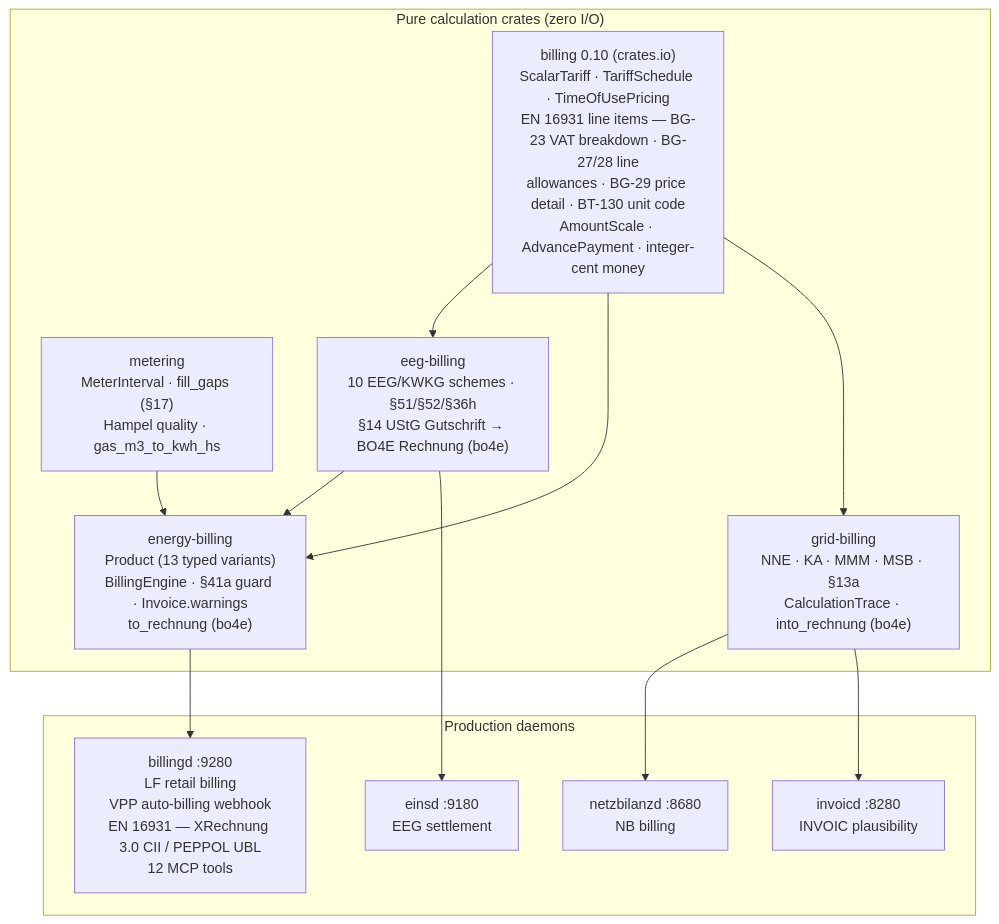
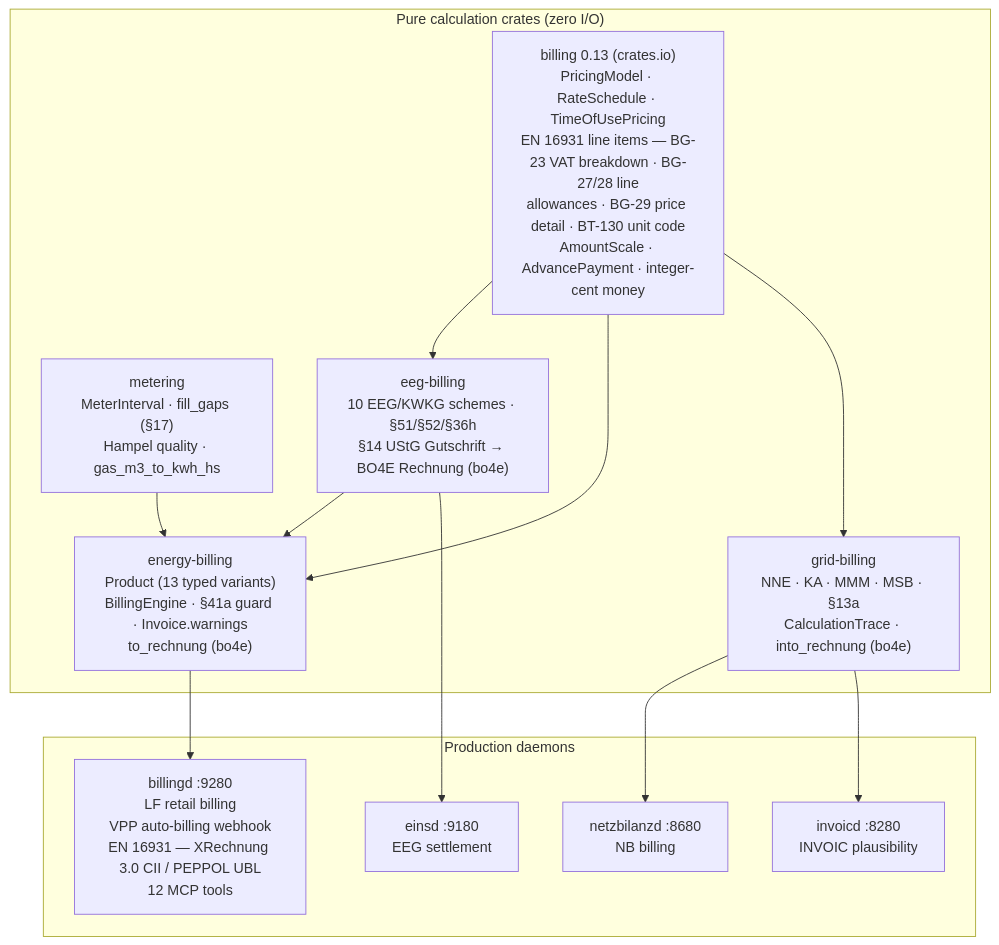
The third of 5 diagrams in site/content/docs/architecture/_index.md (hupe1980/mako), drawn with Mermaid before and after one commit. The commit also changed other lines of this file and 62 other files, not shown here.

````diff
--- a/site/content/docs/architecture/_index.md
+++ b/site/content/docs/architecture/_index.md
@@ -121,27 +121,27 @@
 ```mermaid
 graph TD
     subgraph pure ["Pure calculation crates (zero I/O)"]
-        billing["billing 0.10 (crates.io)<br/>ScalarTariff · TariffSchedule · TimeOfUsePricing<br/>EN 16931 line items — BG-23 VAT breakdown · BG-27/28 line<br/>allowances · BG-29 price detail · BT-130 unit code<br/>AmountScale · AdvancePayment · integer-cent money"]
+        billing["billing 0.13 (crates.io)<br/>PricingModel · RateSchedule · TimeOfUsePricing<br/>EN 16931 line items — BG-23 VAT breakdown · BG-27/28 line<br/>allowances · BG-29 price detail · BT-130 unit code<br/>AmountScale · AdvancePayment · integer-cent money"]
         metering["metering<br/>MeterInterval · fill_gaps (§17)<br/>Hampel quality · gas_m3_to_kwh_hs"]
         eeg["eeg-billing<br/>10 EEG/KWKG schemes · §51/§52/§36h<br/>§14 UStG Gutschrift → BO4E Rechnung (bo4e)"]
         grid["grid-billing<br/>NNE · KA · MMM · MSB · §13a<br/>CalculationTrace · into_rechnung (bo4e)"]
         energy["energy-billing<br/>Product (13 typed variants)<br/>BillingEngine · §41a guard · Invoice.warnings<br/>to_rechnung (bo4e)"]
     end
 
     subgraph daemons ["Production daemons"]
         netzbilanzd["netzbilanzd :8680<br/>NB billing"]
         einsd["einsd :9180<br/>EEG settlement"]
         billingd["billingd :9280<br/>LF retail billing<br/>VPP auto-billing webhook<br/>EN 16931 — XRechnung 3.0 CII / PEPPOL UBL<br/>12 MCP tools"]
         invoicd["invoicd :8280<br/>INVOIC plausibility"]
     end
 
     billing --> eeg
     billing --> energy
     billing --> grid
     metering --> energy
     eeg --> energy
     eeg --> einsd
     grid --> netzbilanzd
     grid --> invoicd
     energy --> billingd
 ```
````
